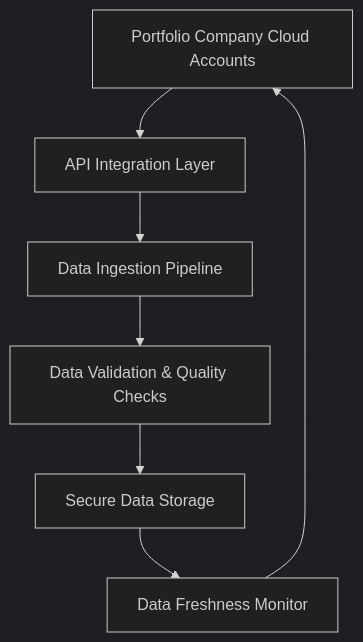
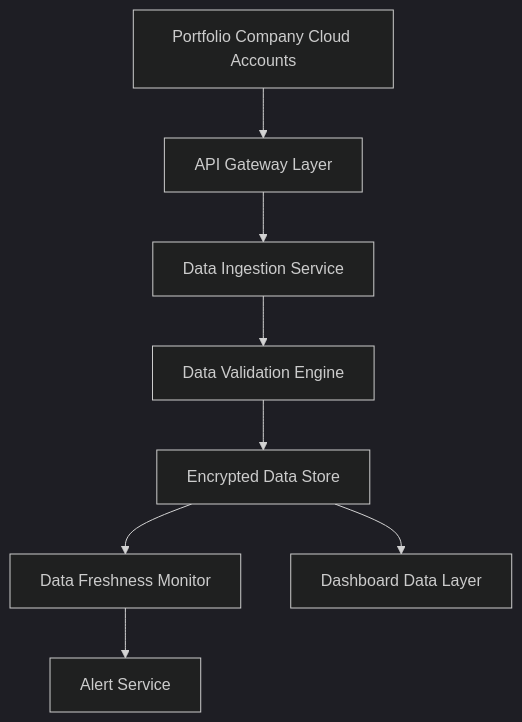
The diagram in HLD/QE-4763_HLD.md (Davamani-git/APB_Demo), drawn with Mermaid (dark theme) before and after one commit. The commit also changed other lines of this file, not shown here.

````diff
--- a/HLD/QE-4763_HLD.md
+++ b/HLD/QE-4763_HLD.md
@@ -7,15 +7,19 @@
 ```mermaid
 flowchart TD
     A["Portfolio Company Cloud Accounts"]
-    B["API Integration Layer"]
-    C["Data Ingestion Pipeline"]
-    D["Data Validation & Quality Checks"]
-    E["Secure Data Storage"]
+    B["API Gateway Layer"]
+    C["Data Ingestion Service"]
+    D["Data Validation Engine"]
+    E["Encrypted Data Store"]
     F["Data Freshness Monitor"]
+    G["Alert Service"]
+    H["Dashboard Data Layer"]
+    
     A --> B
     B --> C
     C --> D
     D --> E
     E --> F
-    F --> A
+    F --> G
+    E --> H
 ```
````
